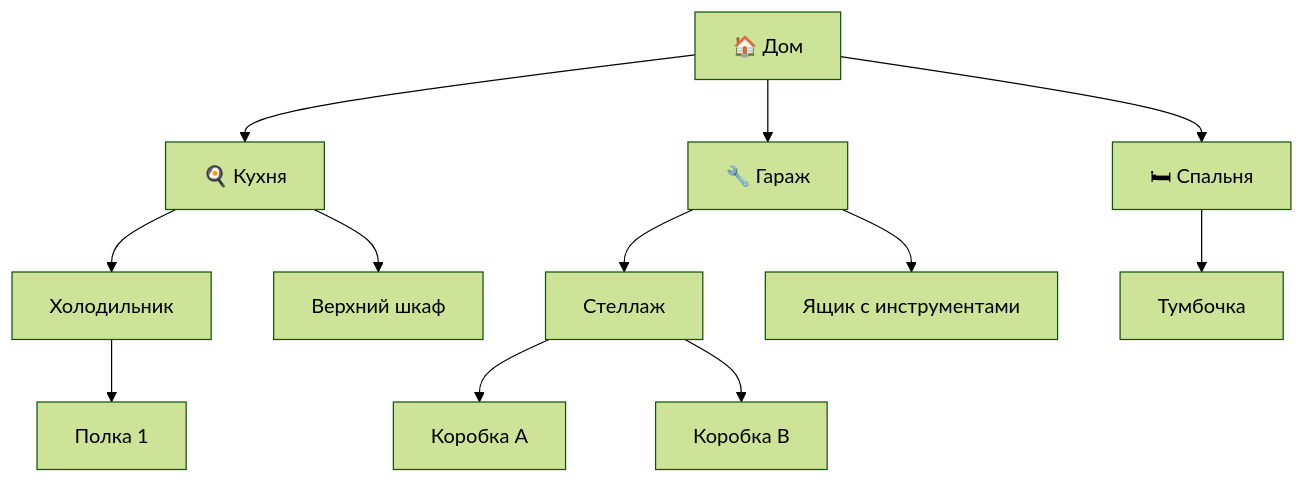
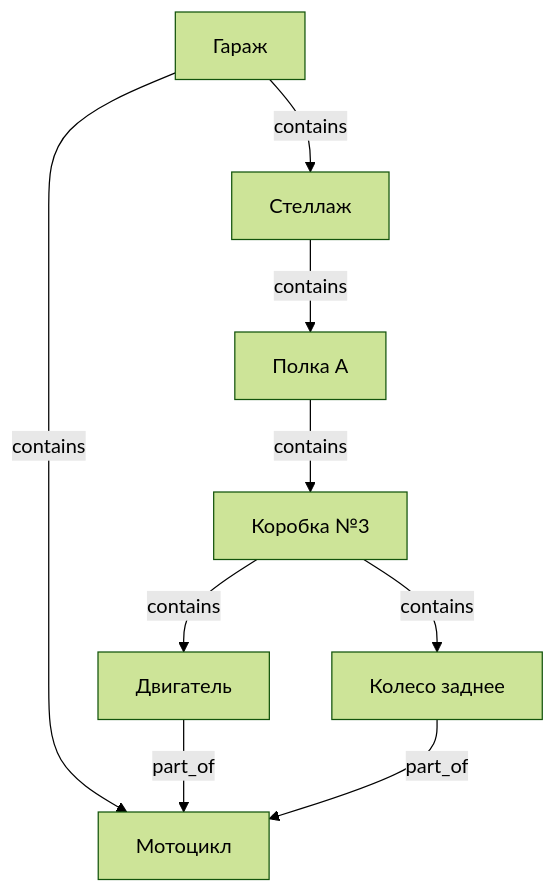
One commit to kscht/domovoy changed the first of 2 diagrams in docs/database.md. Above: the diagram before and after it, drawn with Mermaid (forest theme). The commit also changed other lines of this file, not shown here.

First line of the commit message:
docs: simplify graph model to single node type (thing)

````diff
--- a/docs/database.md
+++ b/docs/database.md
@@ -61,21 +38,20 @@
 ```mermaid
 graph TD
-    House[🏠 Дом]
-    Kitchen[🍳 Кухня]
-    Garage[🔧 Гараж]
-    Room[🛏 Спальня]
+    Garage[Гараж]
+    Motorcycle[Мотоцикл]
+    Shelf[Стеллаж]
+    ShelfA[Полка A]
+    Box[Коробка №3]
+    Engine[Двигатель]
+    Wheel[Колесо заднее]
 
-    House --> Kitchen
-    House --> Garage
-    House --> Room
+    Garage -->|contains| Motorcycle
+    Garage -->|contains| Shelf
+    Shelf -->|contains| ShelfA
+    ShelfA -->|contains| Box
+    Box -->|contains| Engine
+    Box -->|contains| Wheel
 
-    Kitchen --> Fridge[Холодильник]
-    Kitchen --> Cabinet[Верхний шкаф]
-    Garage --> Shelf[Стеллаж]
-    Garage --> Toolbox[Ящик с инструментами]
-    Room --> Drawer[Тумбочка]
-
-    Fridge --> FridgeShelf1[Полка 1]
-    Shelf --> Box1[Коробка A]
-    Shelf --> Box2[Коробка B]
+    Engine -->|part_of| Motorcycle
+    Wheel -->|part_of| Motorcycle
 ```
````
